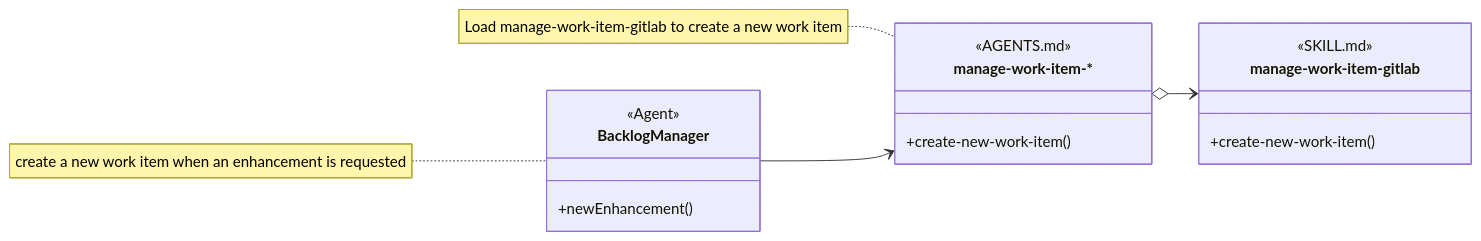
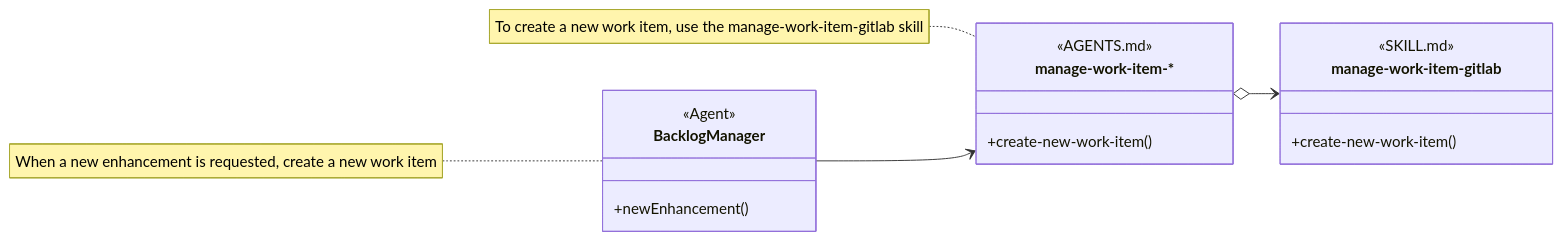
One commit to martinbechard/dev-methodology changed the third of 10 diagrams in design/object-oriented-agent-and-skill-model.md. Above: the diagram before and after it, drawn with Mermaid. The commit also changed other lines of this file and 2 other files, not shown here.

Commit message:
Clarify Agent skill mapping explanation

````diff
--- a/design/object-oriented-agent-and-skill-model.md
+++ b/design/object-oriented-agent-and-skill-model.md
@@ -128,27 +128,27 @@
 ```mermaid
 classDiagram
     direction LR
 
     class BacklogManager {
         <<Agent>>
         +newEnhancement()
     }
 
     class manage-work-item["manage-work-item-*"] {
         <<AGENTS.md>>
         <<abstract>>
         +create-new-work-item()
     }
 
     class manage-work-item-gitlab {
         <<SKILL.md>>
         <<Injectable Skill>>
         +create-new-work-item()
     }
 
     BacklogManager --> manage-work-item
     manage-work-item o--> manage-work-item-gitlab
 
-    note for BacklogManager "create a new work item when an enhancement is requested"
-    note for manage-work-item "Load manage-work-item-gitlab to create a new work item"
+    note for BacklogManager "When a new enhancement is requested, create a new work item"
+    note for manage-work-item "To create a new work item, use the manage-work-item-gitlab skill"
 ```
````
